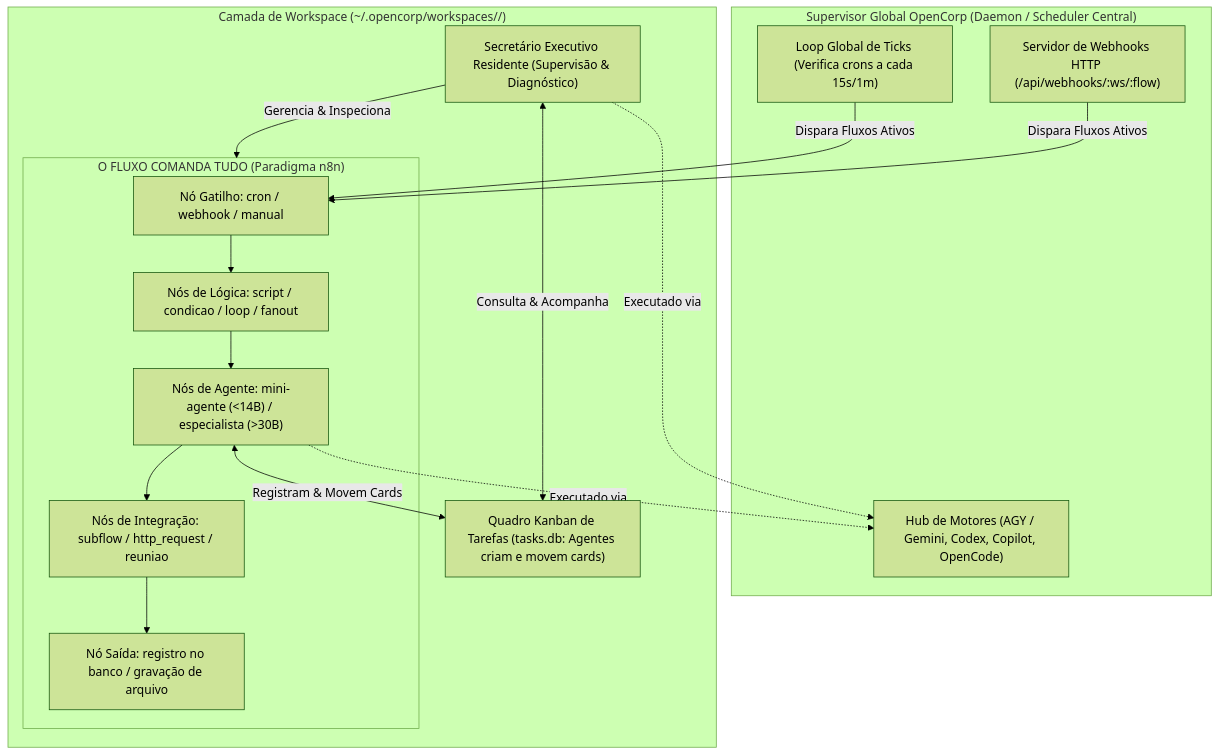
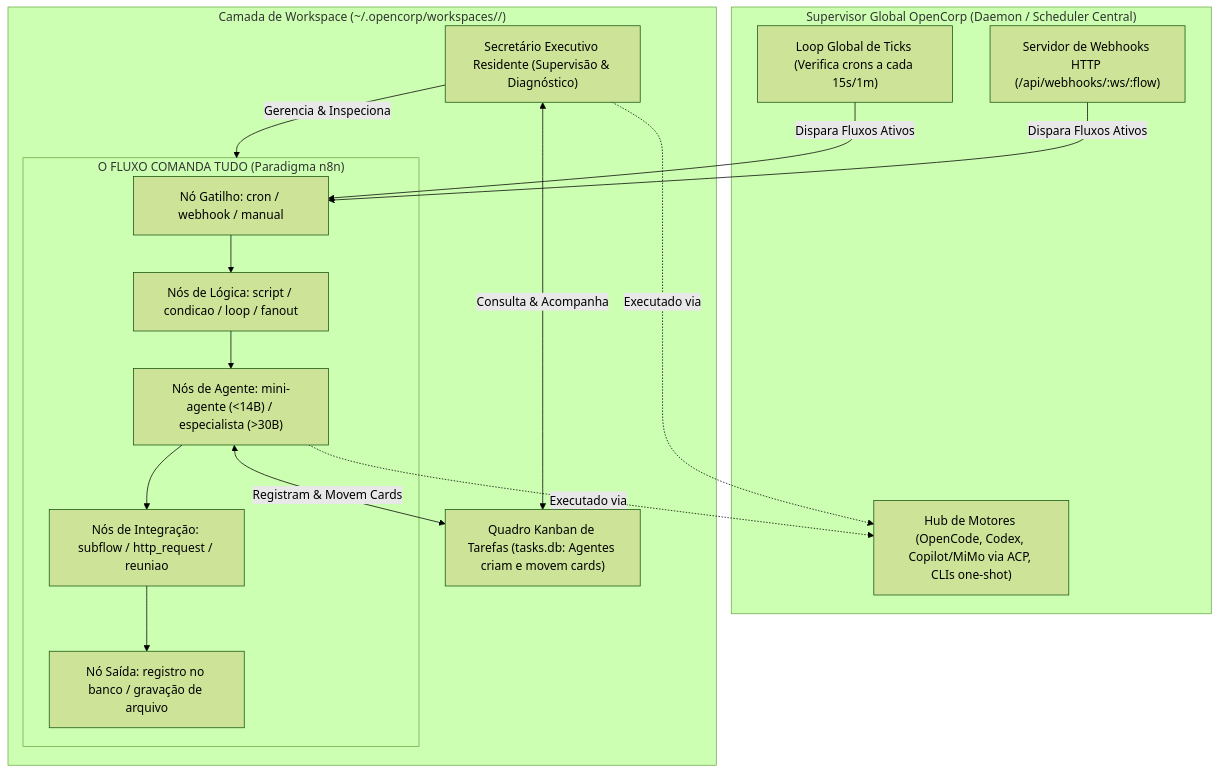
One commit to MrJc01/crom-opencorp changed the first of 2 diagrams in docs/02-arquitetura.md. Above: the diagram before and after it, drawn with Mermaid (forest theme). The commit also changed other lines of this file and 4 other files, not shown here.

First line of the commit message:
docs(release): finalize multi-engine runtime architecture rollout

````diff
--- a/docs/02-arquitetura.md
+++ b/docs/02-arquitetura.md
@@ -5,31 +5,31 @@
 ```mermaid
 flowchart TB
     subgraph SupervisorGlobal ["Supervisor Global OpenCorp (Daemon / Scheduler Central)"]
         TickLoop["Loop Global de Ticks (Verifica crons a cada 15s/1m)"]
         WebhookRouter["Servidor de Webhooks HTTP (/api/webhooks/:ws/:flow)"]
-        EngineHub["Hub de Motores (AGY / Gemini, Codex, Copilot, OpenCode)"]
+        EngineHub["Hub de Motores (OpenCode, Codex, Copilot/MiMo via ACP, CLIs one-shot)"]
     end
 
     subgraph WorkspaceLayer ["Camada de Workspace (~/.opencorp/workspaces/<id>/)"]
         Secretario["Secretário Executivo Residente (Supervisão & Diagnóstico)"]
         KanbanTasks["Quadro Kanban de Tarefas (tasks.db: Agentes criam e movem cards)"]
 
         subgraph FluxoCore ["O FLUXO COMANDA TUDO (Paradigma n8n)"]
             NodeGatilho["Nó Gatilho: cron / webhook / manual"]
             NodeLogica["Nós de Lógica: script / condicao / loop / fanout"]
             NodeAgente["Nós de Agente: mini-agente (<14B) / especialista (>30B)"]
             NodeSubflow["Nós de Integração: subflow / http_request / reuniao"]
             NodeSaida["Nó Saída: registro no banco / gravação de arquivo"]
             
             NodeGatilho --> NodeLogica --> NodeAgente --> NodeSubflow --> NodeSaida
         end
     end
 
     TickLoop -->|Dispara Fluxos Ativos| NodeGatilho
     WebhookRouter -->|Dispara Fluxos Ativos| NodeGatilho
     Secretario -->|Gerencia & Inspeciona| FluxoCore
     Secretario <-->|Consulta & Acompanha| KanbanTasks
     NodeAgente <-->|Registram & Movem Cards| KanbanTasks
     NodeAgente -.->|Executado via| EngineHub
     Secretario -.->|Executado via| EngineHub
 ```
````
